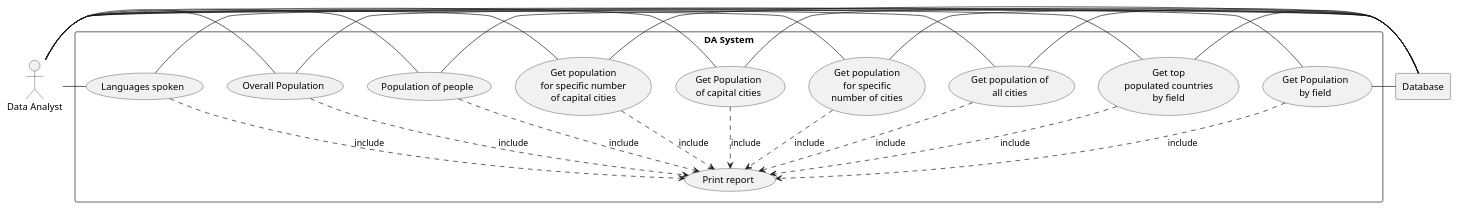
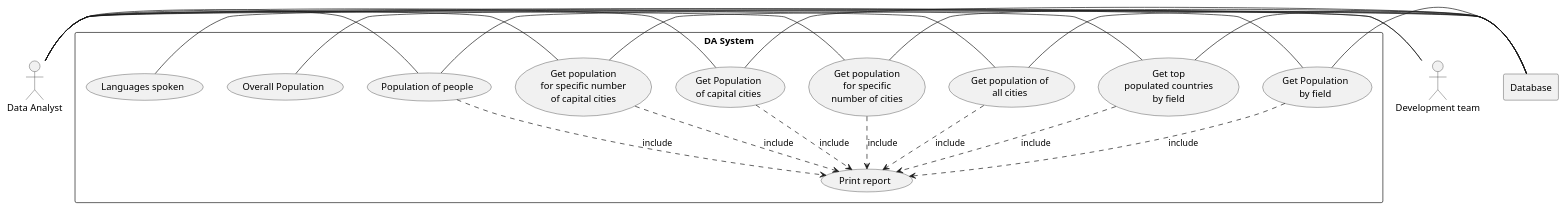
Before and after one commit to omonimus1/SEM_group_project: the diagram in use-cases/DA System.puml, drawn with PlantUML. The commit also changed 6 other files, not shown here.

```diff
--- a/use-cases/DA System.puml
+++ b/use-cases/DA System.puml
@@ -1,65 +1,63 @@
 @startuml
 
 actor DA as "Data Analyst"
-
+actor DT as "Development team"
 
 
 rectangle Database
 
 rectangle "DA System" {
  usecase UC1 as "Get Population
  by field"
  usecase UC2 as "Get top
  populated countries
   by field"
  usecase UC3 as "Get population of
  all cities"
  usecase UC4 as "Get population
  for specific
  number of cities"
  usecase UC5 as "Get Population
  of capital cities"
  usecase UC6 as "Get population
  for specific number
  of capital cities"
  usecase UC7 as "Population of people"
  usecase UC8 as "Overall Population"
  usecase UC9 as "Languages spoken"
 
     usecase UCa AS "Print report"
 
 
    DA - UC1
    DA - UC2
    DA - UC3
    DA - UC4
    DA - UC5
    DA - UC6
    DA - UC7
-   DA - UC8
-   DA - UC9
+   DT - UC8
+   DT - UC9
 
 
    UC1 ..> UCa : include
    UC2 ..> UCa : include
    UC3 ..> UCa : include
    UC4 ..> UCa : include
    UC5 ..> UCa : include
    UC6 ..> UCa : include
    UC7 ..> UCa : include
-   UC8 ..> UCa : include
-   UC9 ..> UCa : include
+
 
    UC1 - Database
    UC2 - Database
    UC3 - Database
    UC4 - Database
    UC5 - Database
    UC6 - Database
    UC7 - Database
-   UC8 - Database
-   UC9 - Database
+
 
 }
 
 @enduml
```
